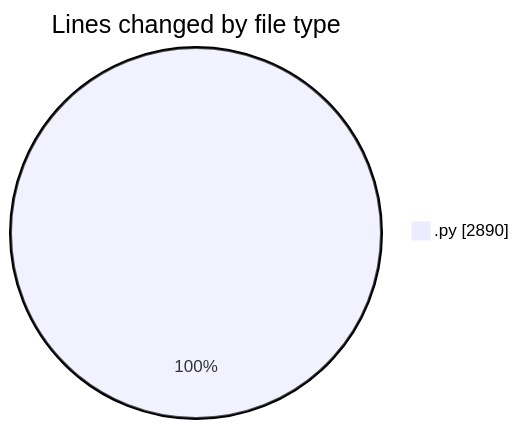
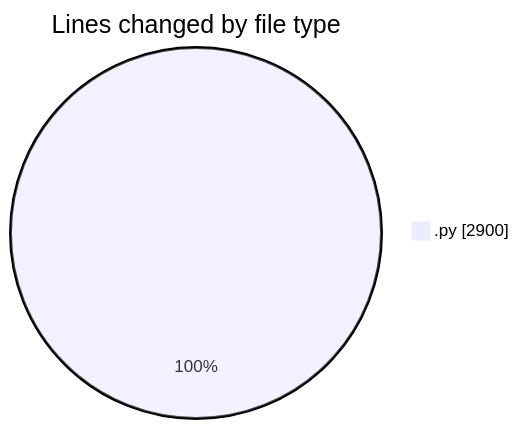
The first of 2 diagrams in 2025-11-19/eventscop-api-guide__workspace_/README.md (julien-gomy/code-tracking), drawn with Mermaid before and after one commit. The commit also changed other lines of this file and 1 other file, not shown here.

````diff
--- a/2025-11-19/eventscop-api-guide__workspace_/README.md
+++ b/2025-11-19/eventscop-api-guide__workspace_/README.md
@@ -24,5 +24,5 @@
 ```mermaid
 pie showData
 title Lines changed by file type
-".py" : 2890
+".py" : 2900
 ```
````
